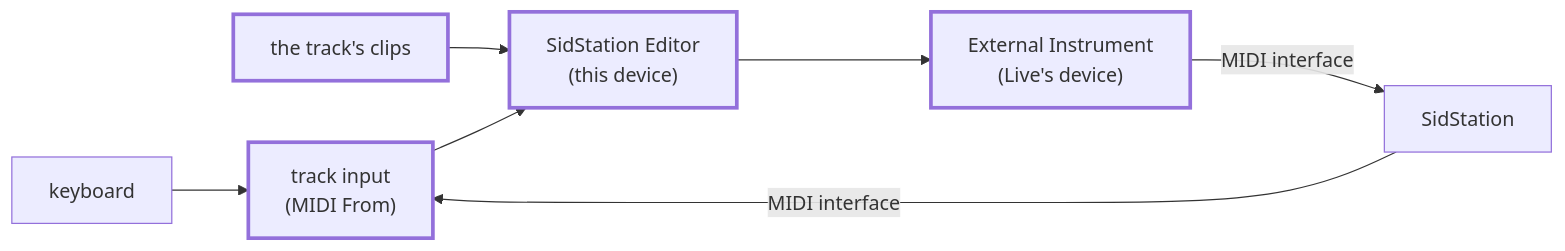
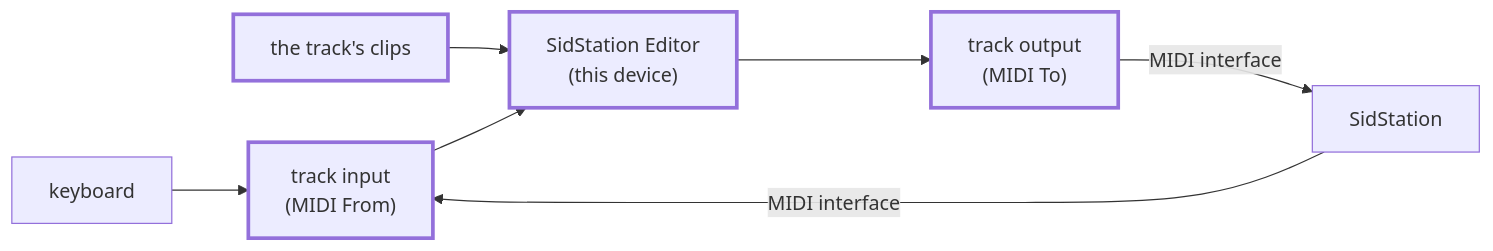
Before and after one commit to norrby/sidstation-editor: the first of 10 diagrams in docs/architecture.md, drawn with Mermaid. The commit also changed other lines of this file and 28 other files, not shown here.

````diff
--- a/docs/architecture.md
+++ b/docs/architecture.md
@@ -24,10 +25,10 @@
 ```mermaid
 flowchart LR
   kb["keyboard"] --> in
   clips["the track's clips"] --> ed
-  in["track input<br/>(MIDI From)"] --> ed["SidStation Editor<br/>(this device)"] --> ei["External Instrument<br/>(Live's device)"]
+  in["track input<br/>(MIDI From)"] --> ed["SidStation Editor<br/>(this device)"] --> ei["track output<br/>(MIDI To)"]
   ei -- "MIDI interface" --> sid["SidStation"]
   sid -- "MIDI interface" --> in
   classDef live stroke-width:3px
   class in,ed,ei,clips live
 ```
````
